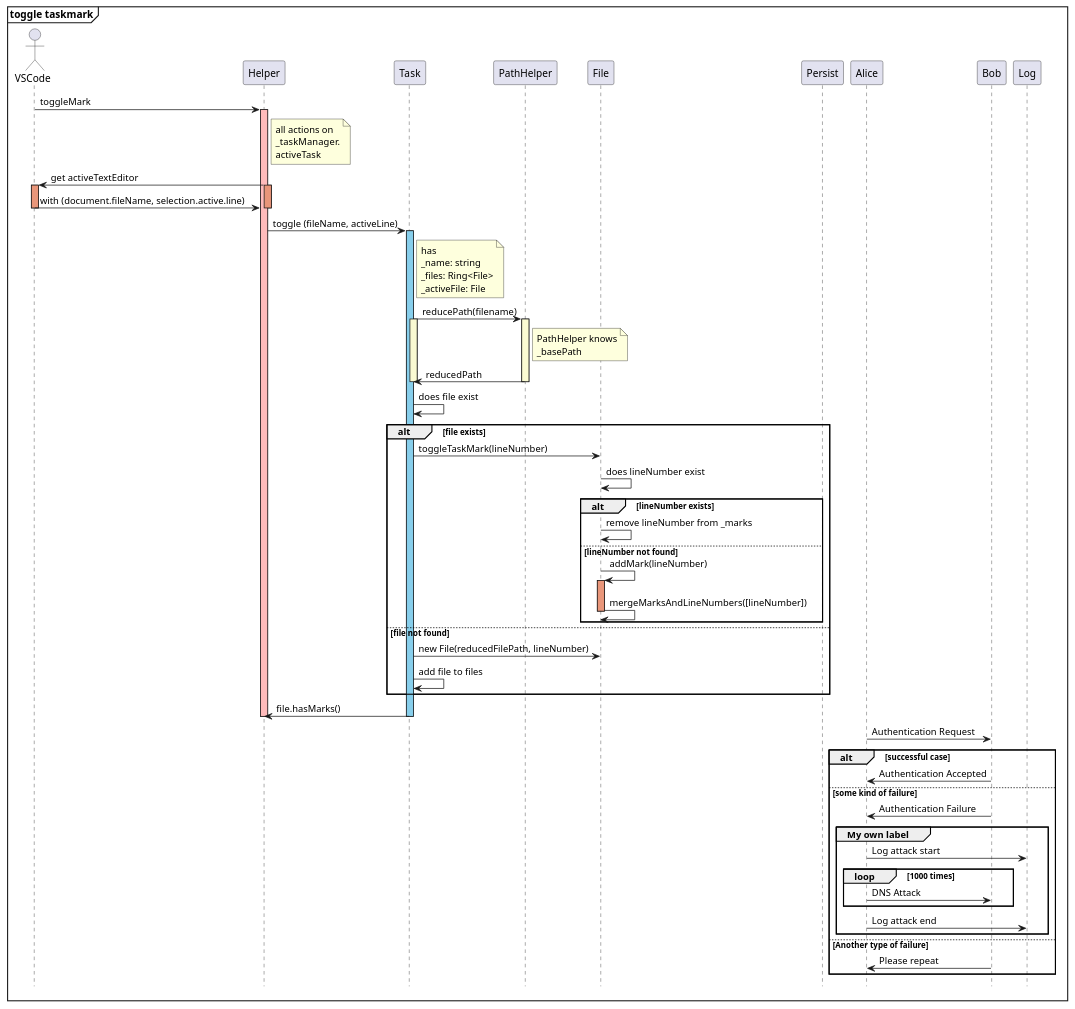
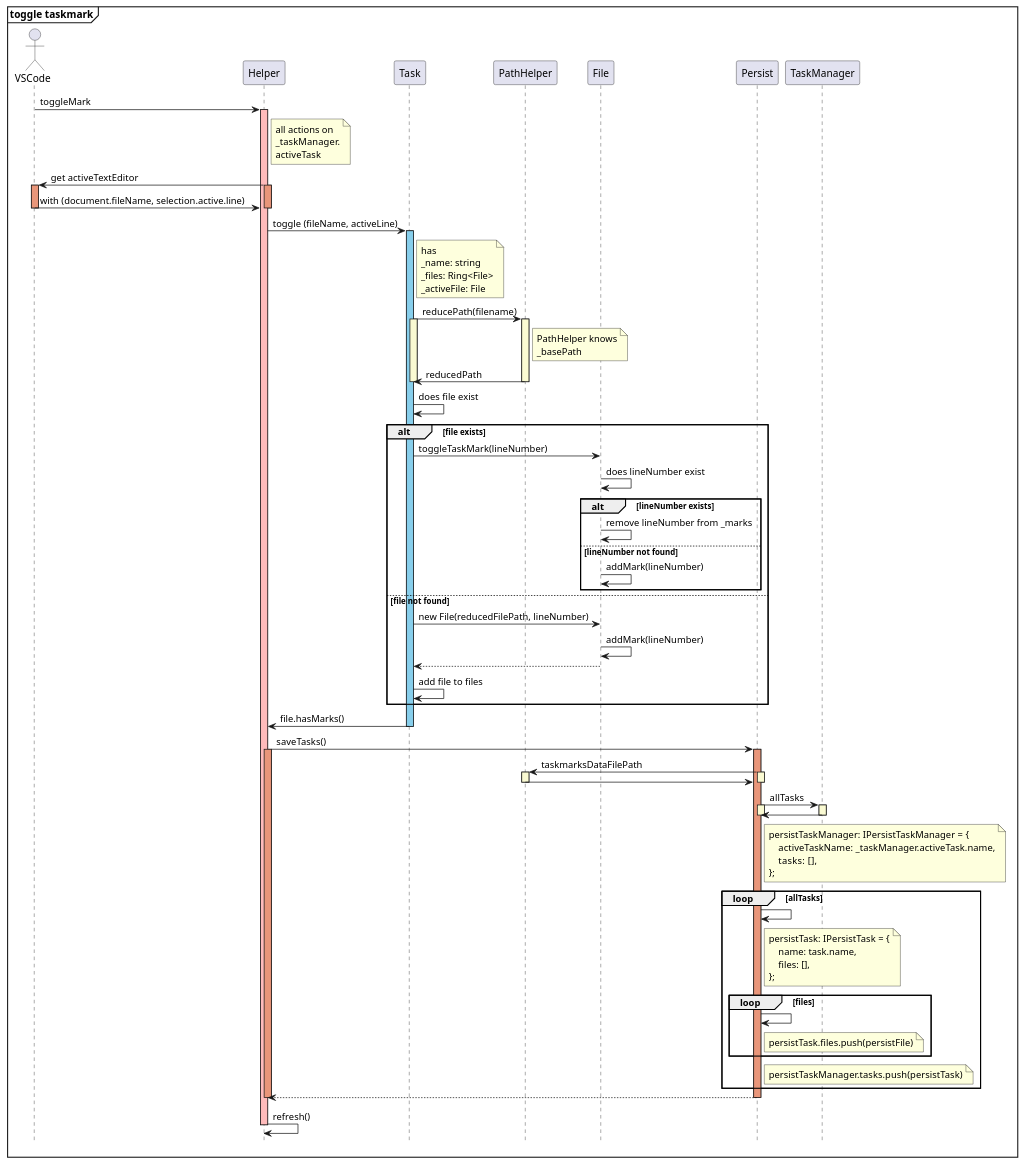
One commit to norbertK/taskmarks changed the diagram in docu/toggleTaskmark.puml. Above: the diagram before and after it, drawn with PlantUML. The commit also changed other lines of this file and 3 other files, not shown here.

```diff
--- a/docu/toggleTaskmark.puml
+++ b/docu/toggleTaskmark.puml
@@ -6,120 +2,129 @@
 @startuml startup
 
 hide footbox
 
 mainframe **toggle taskmark**
 
 actor VSCode
 participant Helper as help
 participant Task as task
 participant PathHelper as ph
 participant File as file
 participant Persist as p
+participant TaskManager as tm
 
 VSCode -> help: toggleMark
 activate help #FFBBBB
 
 note right of help
     all actions on
     _taskManager.
     activeTask
 end note
-
 
 help -> VSCode: get activeTextEditor
 activate help #DarkSalmon
 activate VSCode #DarkSalmon
 VSCode -> help: with (document.fileName, selection.active.line)
 deactivate VSCode
 deactivate help
 
 
 help -> task: toggle (fileName, activeLine)
 activate task #SkyBlue
 note right of task
     has
     _name: string
     _files: Ring<File>
     _activeFile: File
 end note
-
-
 
 task -> ph: reducePath(filename)
 activate task #LightGoldenRodYellow
 activate ph #LightGoldenRodYellow
 
 note right of ph
     PathHelper knows
     _basePath
 end note
 
 ph -> task: reducedPath
 deactivate ph
 deactivate task
 
 task -> task: does file exist
 
 alt file exists
     task -> file: toggleTaskMark(lineNumber)
     file -> file: does lineNumber exist
     alt lineNumber exists
         file -> file: remove lineNumber from _marks
     else lineNumber not found
         file -> file: addMark(lineNumber)
-        activate file #DarkSalmon
-        file -> file: mergeMarksAndLineNumbers([lineNumber])
-
-        
-        deactivate file
     end
 
 else file not found
     task -> file: new File(reducedFilePath, lineNumber)
+    file -> file: addMark(lineNumber)
+    file --> task
     task -> task: add file to files
 
 end
 
-
 task -> help: file.hasMarks()
 deactivate task
+
+help -> p: saveTasks()
+activate help #DarkSalmon
+activate p #DarkSalmon
+p -> ph: taskmarksDataFilePath
+activate p #LightGoldenRodYellow
+activate ph #LightGoldenRodYellow
+ph -> p
+deactivate ph
+deactivate p
+
+p -> tm: allTasks
+activate p #LightGoldenRodYellow
+activate tm #LightGoldenRodYellow
+tm -> p
+deactivate tm
+deactivate p
+
+note right of p
+    persistTaskManager: IPersistTaskManager = {
+        activeTaskName: _taskManager.activeTask.name,
+        tasks:  [],
+    };
+end note
+loop allTasks
+    p -> p
+    note right of p
+        persistTask: IPersistTask = {
+            name: task.name,
+            files: [],
+        };
+    end note
+    loop files
+        p -> p
+        note right of p
+            persistTask.files.push(persistFile)
+        end note
+    end
+    note right of p
+        persistTaskManager.tasks.push(persistTask)
+    end note
+end
+
+
+p --> help
+deactivate p
+deactivate help
+
+help -> help: refresh()
+
 
 deactivate help
 
 
-
-
-
-
-Alice -> Bob: Authentication Request
-
-alt successful case
-
-    Bob -> Alice: Authentication Accepted
-
-else some kind of failure
-
-    Bob -> Alice: Authentication Failure
-    group My own label
-    Alice -> Log : Log attack start
-        loop 1000 times
-            Alice -> Bob: DNS Attack
-        end
-    Alice -> Log : Log attack end
-    end
-
-else Another type of failure
-
-   Bob -> Alice: Please repeat
-
-end
-
-
-
-
-
-
-
-
-
 @endjson
```
